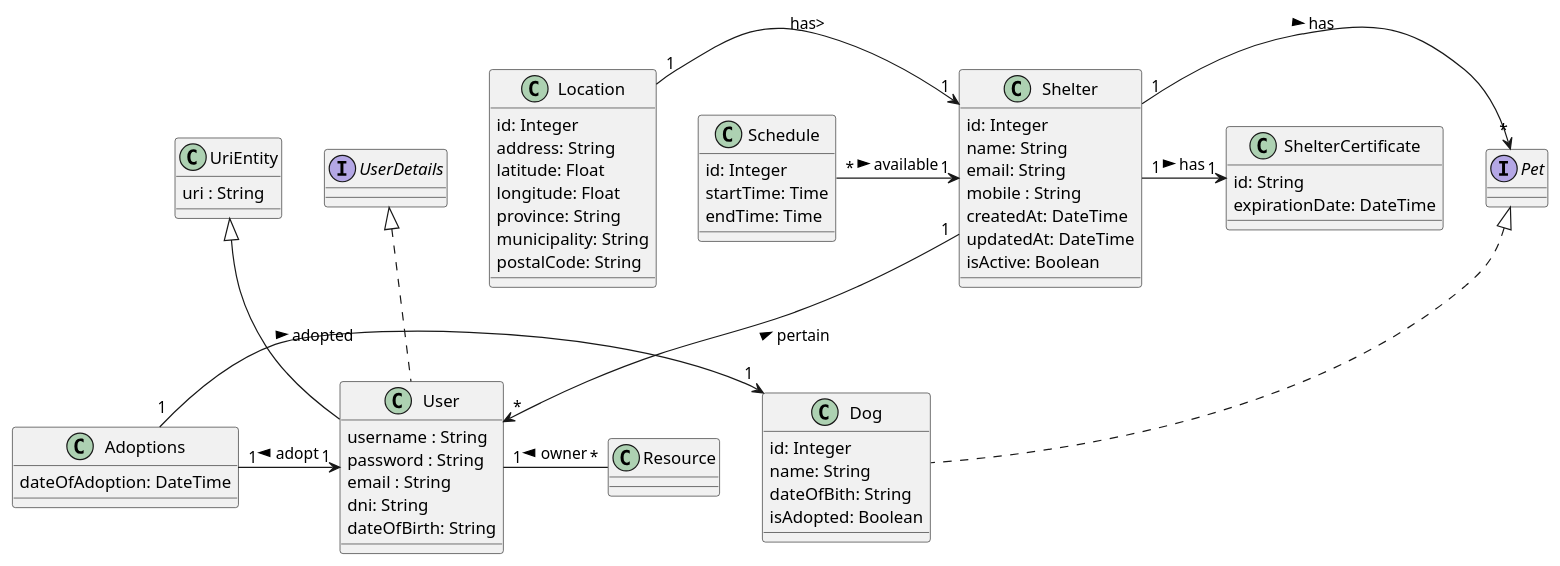
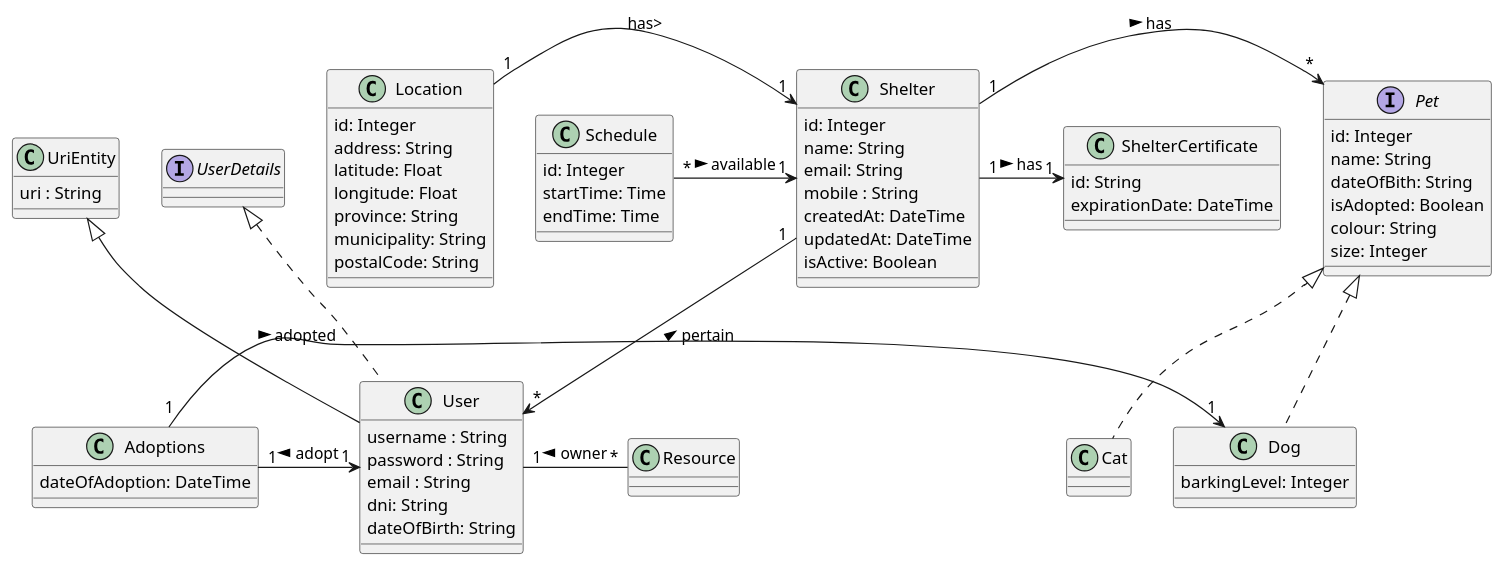
Before and after one commit to UdL-EPS-SoftArch/mypets-geiade-api: the diagram in EntitiesModel.puml, drawn with PlantUML.

Commit message:
Added dog and cat implementing the interface Pet

```diff
--- a/EntitiesModel.puml
+++ b/EntitiesModel.puml
@@ -1,67 +1,75 @@
 @startuml
 class User extends UriEntity implements UserDetails {
   username : String
   password : String
   email : String
   dni: String
   dateOfBirth: String
 }
 
 
 class UriEntity {
   uri : String
 }
-
-class Dog implements Pet {
+interface Pet{
   id: Integer
   name: String
   dateOfBith: String
   isAdopted: Boolean
+  colour: String
+  size: Integer
+}
+class Dog implements Pet {
+    barkingLevel: Integer
+}
+
+class Cat implements Pet {
+
 }
 
 class Shelter {
   id: Integer
   name: String
   email: String
   mobile : String
   createdAt: DateTime
   updatedAt: DateTime
   isActive: Boolean
 }
 
 class Location {
  id: Integer
  address: String
  latitude: Float
  longitude: Float
  province: String
  municipality: String
  postalCode: String
 }
 
 class ShelterCertificate {
   id: String
   expirationDate: DateTime
 }
 
 class Schedule {
     id: Integer
     startTime: Time
     endTime: Time
 }
 
 class Adoptions {
     dateOfAdoption: DateTime
 }
 
 
 User "1" --right-- "*" Resource : owner <
 Location "1" -> "1" Shelter : has>
 Shelter "1" -> "*" User : < pertain
 Shelter "1" -> "*" Pet : has >
 Shelter "1" -> "1" ShelterCertificate : has >
 Schedule "*" -> "1" Shelter :available >
 
 Adoptions "1" -> "1" Dog :adopted >
 Adoptions "1" -> "1" User :adopt <
 @enduml
```
